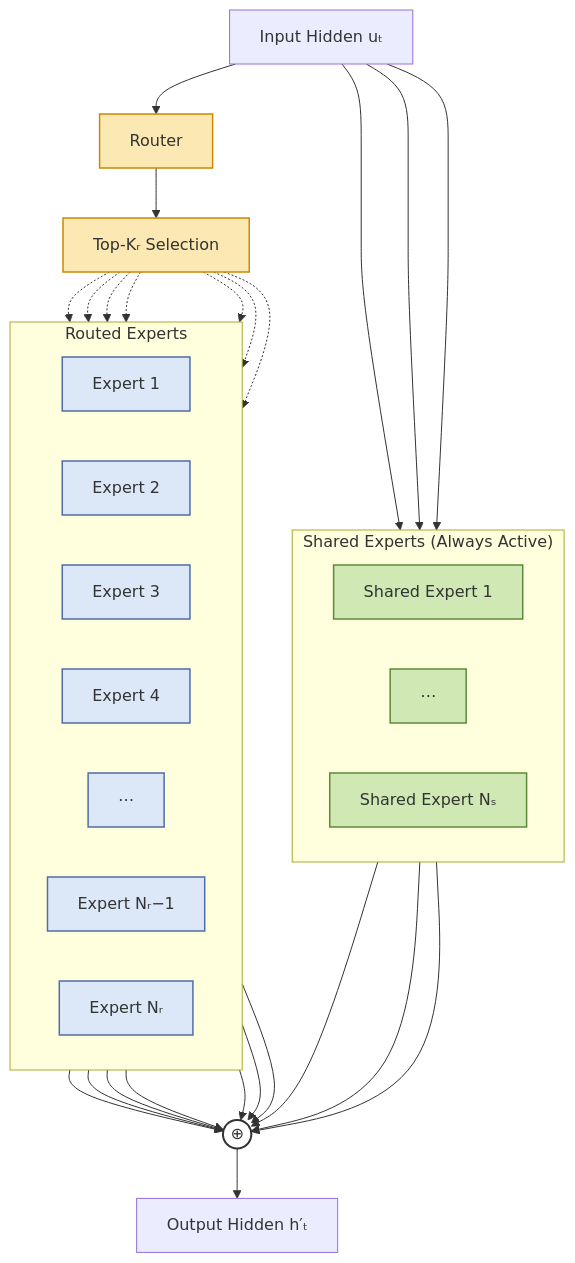
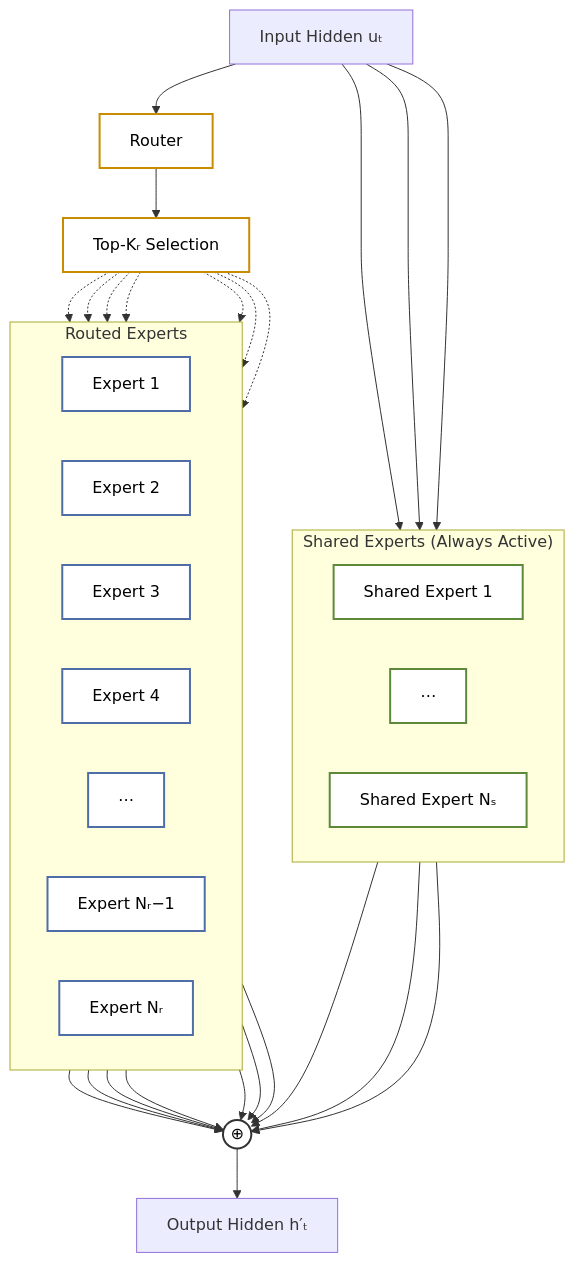
Before and after one commit to samm329-ui/Local_llm101: the second of 2 diagrams in Chapters/05. A Real World Case Study.md, drawn with Mermaid. The commit also changed other lines of this file, not shown here.

Commit message:
DeepSeek-V2 new moe Architecture

```diff
--- a/Chapters/05. A Real World Case Study.md
+++ b/Chapters/05. A Real World Case Study.md
@@ -2766,7 +2767,6 @@
 %% ===========================
 
 subgraph Shared["Shared Experts (Always Active)"]
-
 direction LR
 
 S1["Shared Expert 1"]
@@ -2780,7 +2780,6 @@
 %% ===========================
 
 subgraph Routed["Routed Experts"]
-
 direction LR
 
 E1["Expert 1"]
@@ -2793,13 +2792,17 @@
 
 end
 
-%% Shared experts always receive input
+%% ===========================
+%% Input Connections
+%% ===========================
 
 U --> S1
 U --> SD
 U --> SN
 
-%% Router selects Top-K routed experts
+%% ===========================
+%% Top-K Routing
+%% ===========================
 
 K -.-> E1
 K -.-> E2
@@ -2809,7 +2812,9 @@
 K -.-> EN1
 K -.-> EN
 
-%% Aggregation
+%% ===========================
+%% Output Aggregation
+%% ===========================
 
 SUM(("⊕"))
 
@@ -2830,13 +2835,13 @@
 SUM --> H
 
 %% ===========================
-%% Styles
+%% Styling (GitHub Friendly)
 %% ===========================
 
-classDef shared fill:#CFE8B4,stroke:#5C8A3A,stroke-width:1.5px;
-classDef routed fill:#DCE8F8,stroke:#4F6EA7,stroke-width:1.5px;
-classDef router fill:#FCE8B2,stroke:#C98B00,stroke-width:1.5px;
-classDef merge fill:#FFFFFF,stroke:#333333,stroke-width:2px;
+classDef shared fill:#ffffff,stroke:#5C8A3A,stroke-width:2px,color:#000000;
+classDef routed fill:#ffffff,stroke:#4F6EA7,stroke-width:2px,color:#000000;
+classDef router fill:#ffffff,stroke:#C98B00,stroke-width:2px,color:#000000;
+classDef merge fill:#ffffff,stroke:#333333,stroke-width:2px,color:#000000;
 
 class S1,SD,SN shared;
 class E1,E2,E3,E4,ED,EN1,EN routed;
```
